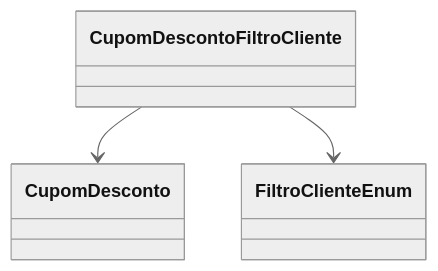
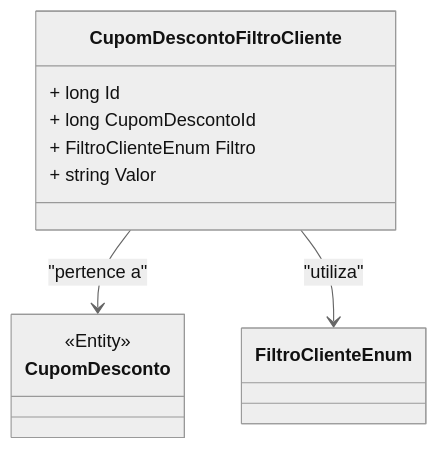
Before and after one commit to IsthmusSistemas/documentacao-tecnica: the diagram in docs/b2b-dominio/IsthmusWinthor.Nucleo/IsthmusWinthor.Dominio/Entidades/CupomDescontoFiltroCliente.md, drawn with Mermaid (neutral theme). The commit also changed other lines of this file and 882 other files, not shown here.

````diff
--- a/docs/b2b-dominio/IsthmusWinthor.Nucleo/IsthmusWinthor.Dominio/Entidades/CupomDescontoFiltroCliente.md
+++ b/docs/b2b-dominio/IsthmusWinthor.Nucleo/IsthmusWinthor.Dominio/Entidades/CupomDescontoFiltroCliente.md
@@ -21,5 +23,16 @@
 ```mermaid
 classDiagram
-    CupomDescontoFiltroCliente --> CupomDesconto
-    CupomDescontoFiltroCliente --> FiltroClienteEnum
+    class CupomDescontoFiltroCliente {
+        + long Id
+        + long CupomDescontoId
+        + FiltroClienteEnum Filtro
+        + string Valor
+    }
+    
+    class CupomDesconto {
+        <<Entity>>
+    }
+
+    CupomDescontoFiltroCliente --> CupomDesconto : "pertence a"
+    CupomDescontoFiltroCliente --> FiltroClienteEnum : "utiliza"
 ```
````
